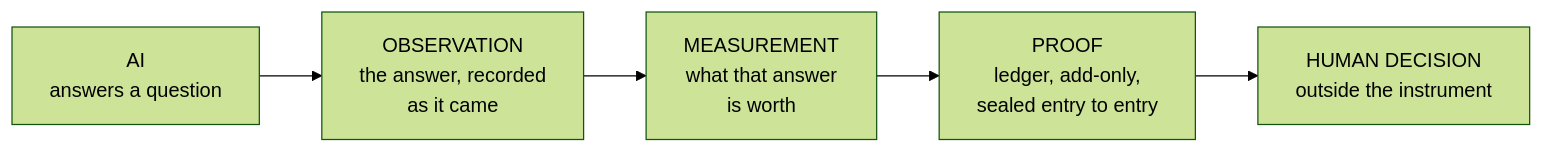
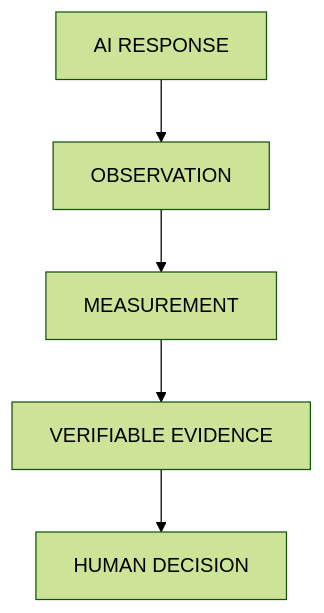
One commit to neomundi-io/neomundi-station-public changed the diagram in README.md. Above: the diagram before and after it, drawn with Mermaid (forest theme). The commit also changed 1 other file, not shown here.

Commit message:
fix(readme): diagramme vertical, libellés courts
Le diagramme « How it works » était horizontal. Sur GitHub, il dépassait la
largeur disponible : la vue ajoutait des commandes de zoom et de déplacement,
et les libellés se trouvaient tronqués dans l'affichage par défaut. Un schéma
qu'il faut manipuler pour lire ne sert plus à grand-chose.

Il passe en `flowchart TB`. Cinq blocs, cinq libellés courts, aucune ligne de
description à l'intérieur : AI RESPONSE, OBSERVATION, MEASUREMENT, VERIFIABLE
EVIDENCE, HUMAN DECISION — et leurs équivalents français.

Les explications détaillées ne disparaissent pas : elles étaient déjà dans le
tableau sous le diagramme, et elles y restent. Le schéma donne l'ordre des
étapes, le tableau dit ce que chacune fait. Chacun son rôle.

Aucun autre changement : les deux README sont identiques par ailleurs, et
aucun contrat ni schéma n'est touché.

````diff
--- a/README.md
+++ b/README.md
@@ -48,7 +48,7 @@
 ```mermaid
-flowchart LR
-    A["AI<br/>answers a question"] --> O["OBSERVATION<br/>the answer, recorded<br/>as it came"]
-    O --> M["MEASUREMENT<br/>what that answer<br/>is worth"]
-    M --> P["PROOF<br/>ledger, add-only,<br/>sealed entry to entry"]
-    P --> H["HUMAN DECISION<br/>outside the instrument"]
+flowchart TB
+    A["AI RESPONSE"] --> B["OBSERVATION"]
+    B --> C["MEASUREMENT"]
+    C --> D["VERIFIABLE EVIDENCE"]
+    D --> E["HUMAN DECISION"]
 ```
````
